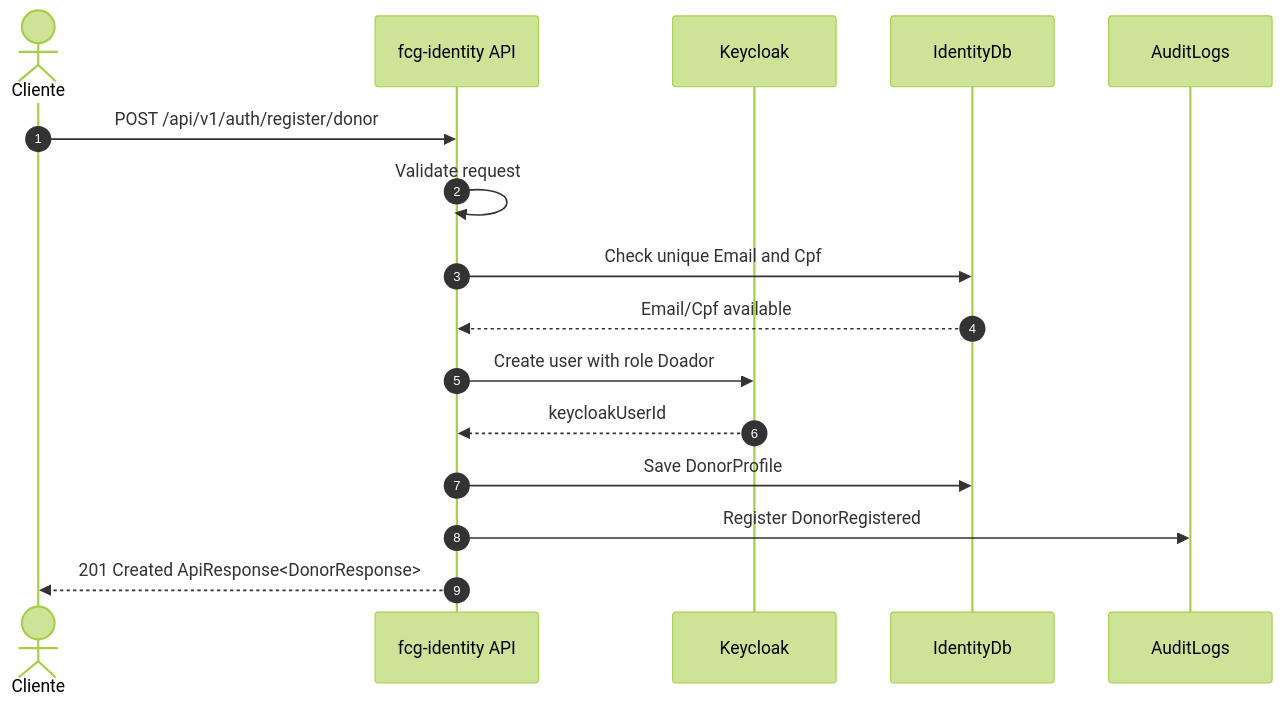
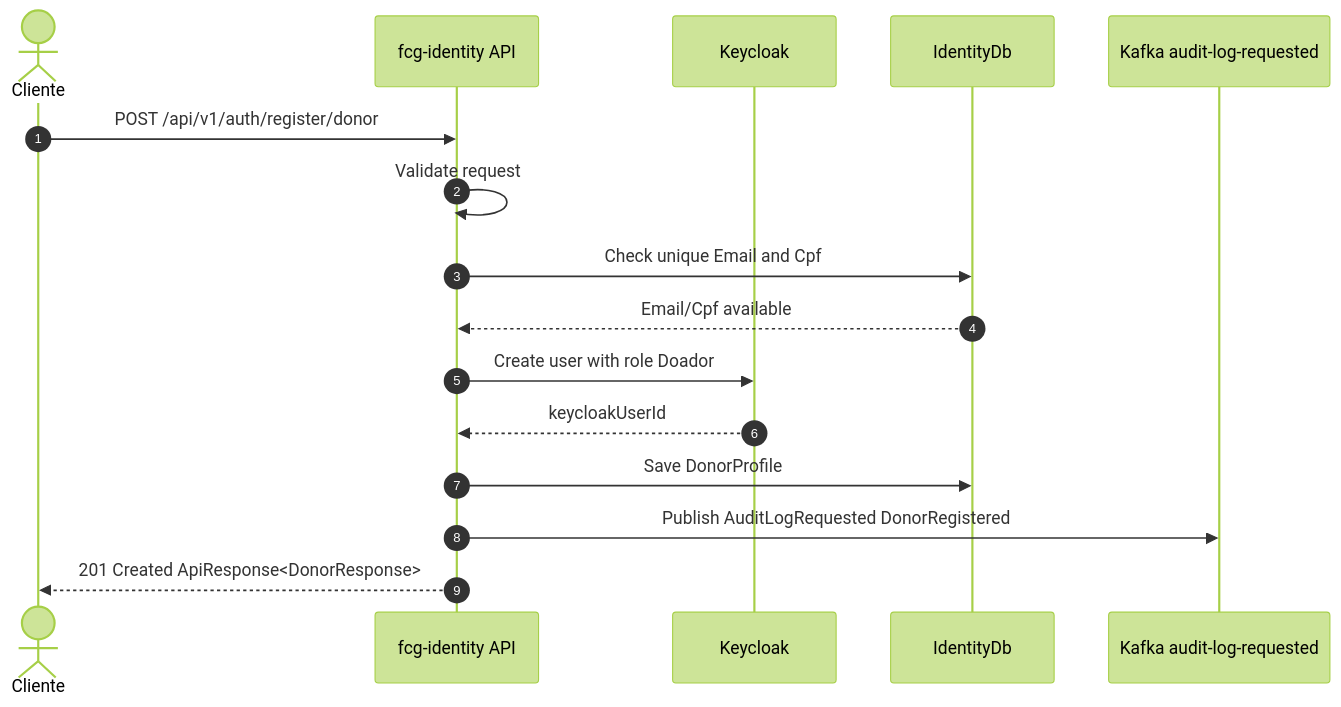
Before and after one commit to group10-tc-01/fcs-fase05-docs: the first of 30 diagrams in architecture/endpoint-flows.md, drawn with Mermaid (forest theme). The commit also changed other lines of this file and 15 other files, not shown here.

````diff
--- a/architecture/endpoint-flows.md
+++ b/architecture/endpoint-flows.md
@@ -9,19 +9,19 @@
 ```mermaid
 sequenceDiagram
     autonumber
     actor Client as Cliente
     participant IdentityApi as fcg-identity API
     participant Keycloak as Keycloak
     participant IdentityDb as IdentityDb
-    participant Audit as AuditLogs
+    participant AuditKafka as Kafka audit-log-requested
 
     Client->>IdentityApi: POST /api/v1/auth/register/donor
     IdentityApi->>IdentityApi: Validate request
     IdentityApi->>IdentityDb: Check unique Email and Cpf
     IdentityDb-->>IdentityApi: Email/Cpf available
     IdentityApi->>Keycloak: Create user with role Doador
     Keycloak-->>IdentityApi: keycloakUserId
     IdentityApi->>IdentityDb: Save DonorProfile
-    IdentityApi->>Audit: Register DonorRegistered
+    IdentityApi->>AuditKafka: Publish AuditLogRequested DonorRegistered
     IdentityApi-->>Client: 201 Created ApiResponse<DonorResponse>
 ```
````
